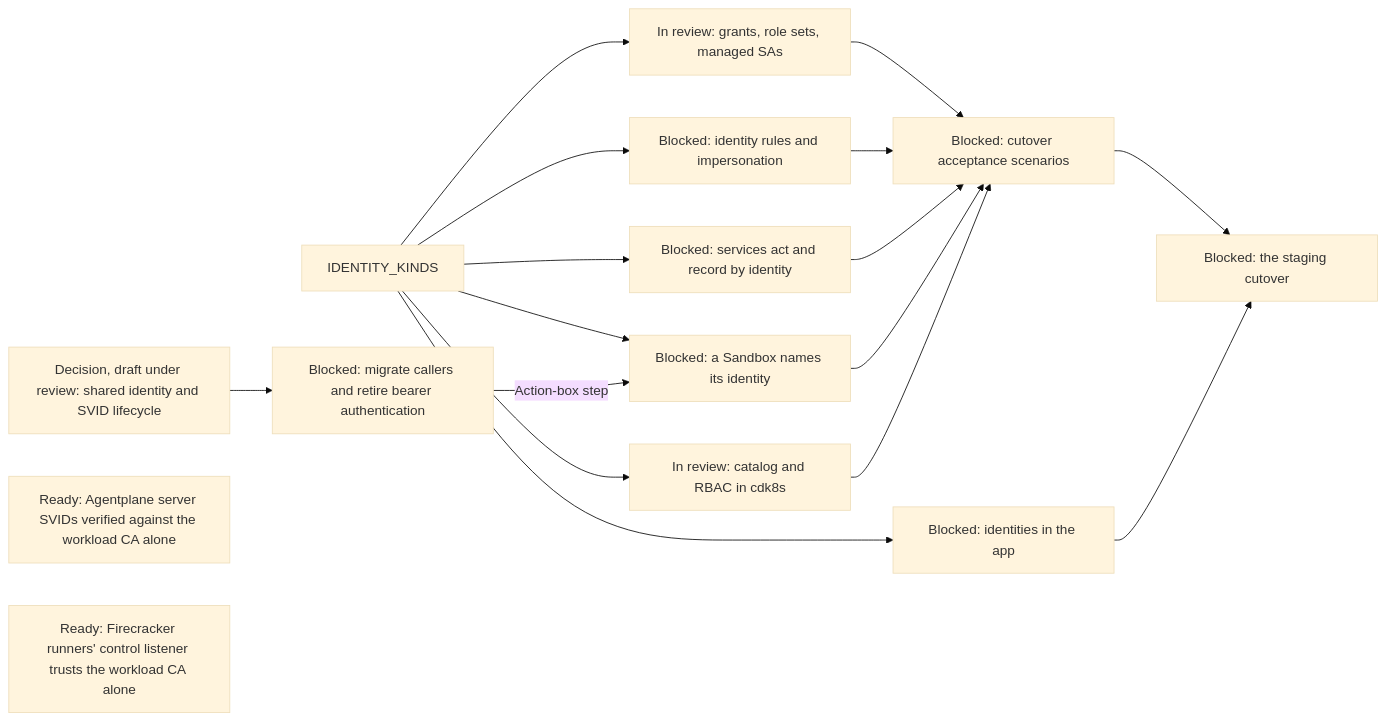
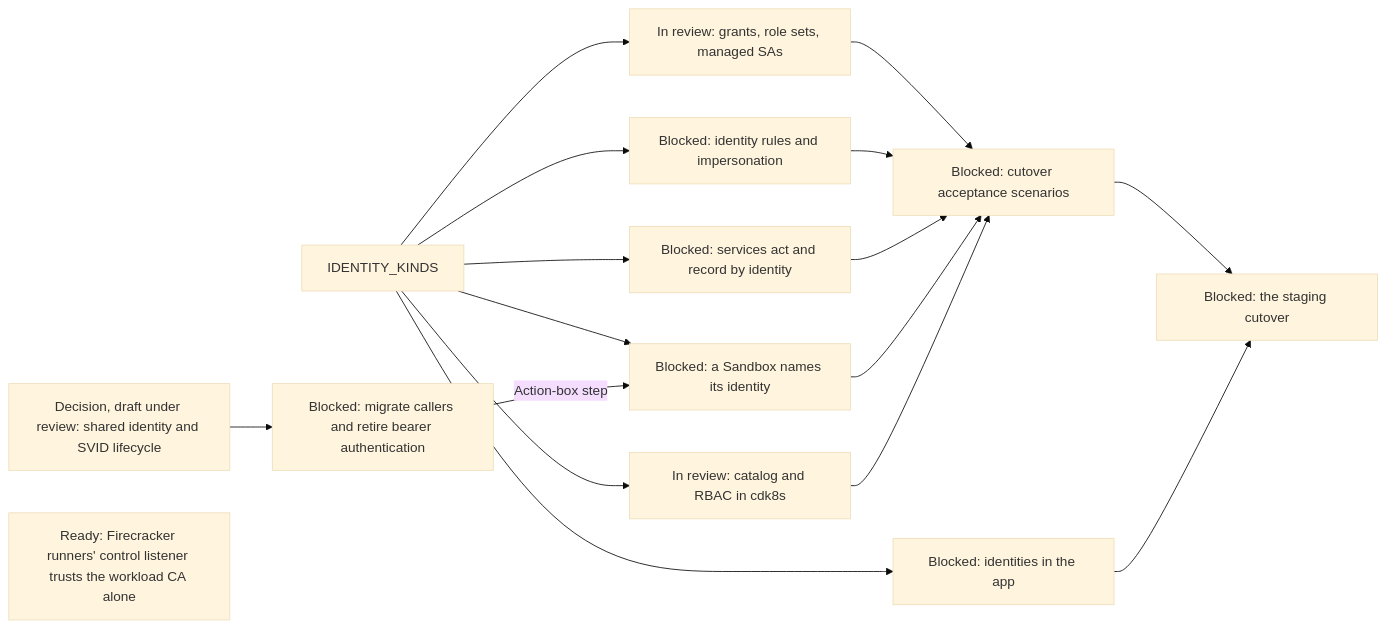
One commit to agentydragon/ducktape changed diagram 17 of 19 in agentplane/plans/task_dag.md. Above: the diagram before and after it, drawn with Mermaid (base theme). The commit also changed other lines of this file and 24 other files, not shown here.

First line of the commit message:
agentplane: verify Agentplane server SVIDs against the workload CA alone

````diff
--- a/agentplane/plans/task_dag.md
+++ b/agentplane/plans/task_dag.md
@@ -3038,20 +3038,19 @@
 ```mermaid
 flowchart LR
     IDENTITY_KINDS --> POLICY_GRANTS[In review: grants, role sets, managed SAs]
     IDENTITY_KINDS --> EGRESS_IDENTITY_RULES[Blocked: identity rules and impersonation]
     IDENTITY_KINDS --> SERVICES_IDENTITY_PRINCIPAL[Blocked: services act and record by identity]
     IDENTITY_KINDS --> SANDBOX_IDENTITY_SPEC[Blocked: a Sandbox names its identity]
     IDENTITY_KINDS --> IDENTITY_CATALOG[In review: catalog and RBAC in cdk8s]
     IDENTITY_KINDS --> APP_IDENTITIES_UI[Blocked: identities in the app]
     WORKLOAD_IDENTITY_LIFECYCLE_DESIGN[Decision, draft under review: shared identity and SVID lifecycle] --> WORKLOAD_AUTH_CUTOVER[Blocked: migrate callers and retire bearer authentication]
     WORKLOAD_AUTH_CUTOVER -->|Action-box step| SANDBOX_IDENTITY_SPEC
-    WORKLOAD_CA_SERVER_TRUST[Ready: Agentplane server SVIDs verified against the workload CA alone]
     WORKLOAD_CA_CLIENT_TRUST[Ready: Firecracker runners' control listener trusts the workload CA alone]
     POLICY_GRANTS --> IDENTITY_SYSTEM_TESTS[Blocked: cutover acceptance scenarios]
     EGRESS_IDENTITY_RULES --> IDENTITY_SYSTEM_TESTS
     SERVICES_IDENTITY_PRINCIPAL --> IDENTITY_SYSTEM_TESTS
     SANDBOX_IDENTITY_SPEC --> IDENTITY_SYSTEM_TESTS
     IDENTITY_CATALOG --> IDENTITY_SYSTEM_TESTS
     IDENTITY_SYSTEM_TESTS --> IDENTITY_CUTOVER[Blocked: the staging cutover]
     APP_IDENTITIES_UI --> IDENTITY_CUTOVER
 ```
````
